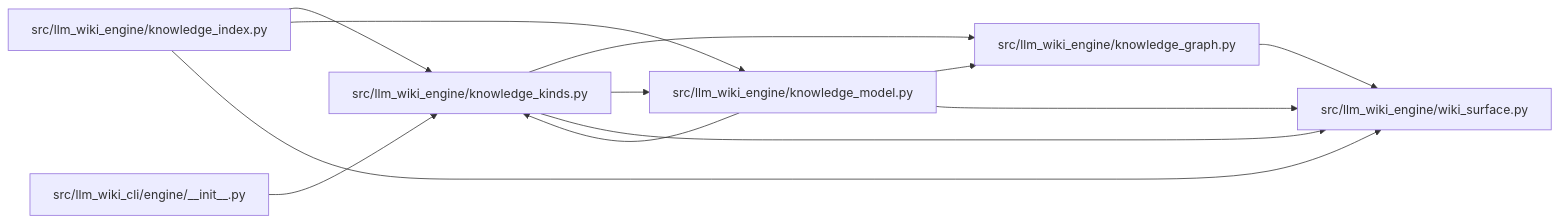
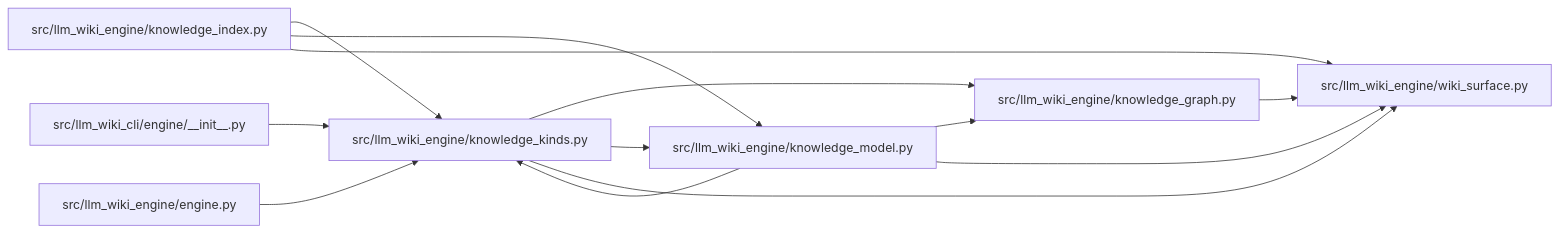
Before and after one commit to Denissvgn/python-wiki-llm: the diagram in docs/llm_wiki/modules/knowledge_kinds.md, drawn with Mermaid. The commit also changed other lines of this file and 719 other files, not shown here.

Commit message:
docs: refresh the wiki for the engine's own use cases

````diff
--- a/docs/llm_wiki/modules/knowledge_kinds.md
+++ b/docs/llm_wiki/modules/knowledge_kinds.md
@@ -47,26 +47,29 @@
 ```mermaid
 flowchart LR
     n0["src/llm_wiki_cli/engine/__init__.py"]
-    n1["src/llm_wiki_engine/knowledge_graph.py"]
-    n2["src/llm_wiki_engine/knowledge_index.py"]
-    n3["src/llm_wiki_engine/knowledge_kinds.py"]
-    n4["src/llm_wiki_engine/knowledge_model.py"]
-    n5["src/llm_wiki_engine/wiki_surface.py"]
-    n0 --> n3
-    n1 --> n5
-    n2 --> n3
-    n2 --> n4
-    n2 --> n5
-    n3 --> n1
+    n1["src/llm_wiki_engine/engine.py"]
+    n2["src/llm_wiki_engine/knowledge_graph.py"]
+    n3["src/llm_wiki_engine/knowledge_index.py"]
+    n4["src/llm_wiki_engine/knowledge_kinds.py"]
+    n5["src/llm_wiki_engine/knowledge_model.py"]
+    n6["src/llm_wiki_engine/wiki_surface.py"]
+    n0 --> n4
+    n1 --> n4
+    n2 --> n6
     n3 --> n4
     n3 --> n5
-    n4 --> n1
-    n4 --> n3
+    n3 --> n6
+    n4 --> n2
     n4 --> n5
+    n4 --> n6
+    n5 --> n2
+    n5 --> n4
+    n5 --> n6
     click n0 "../modules/engine___init__.md"
-    click n1 "../modules/knowledge_graph.md"
-    click n2 "../modules/knowledge_index.md"
-    click n3 "../modules/knowledge_kinds.md"
-    click n4 "../modules/knowledge_model.md"
-    click n5 "../modules/wiki_surface.md"
+    click n1 "../modules/engine.md"
+    click n2 "../modules/knowledge_graph.md"
+    click n3 "../modules/knowledge_index.md"
+    click n4 "../modules/knowledge_kinds.md"
+    click n5 "../modules/knowledge_model.md"
+    click n6 "../modules/wiki_surface.md"
 ```
````
